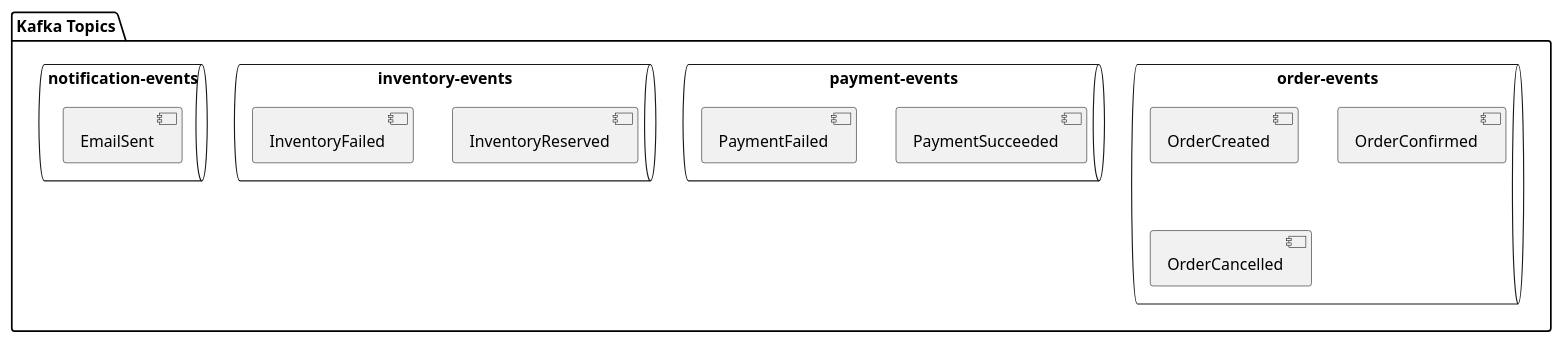
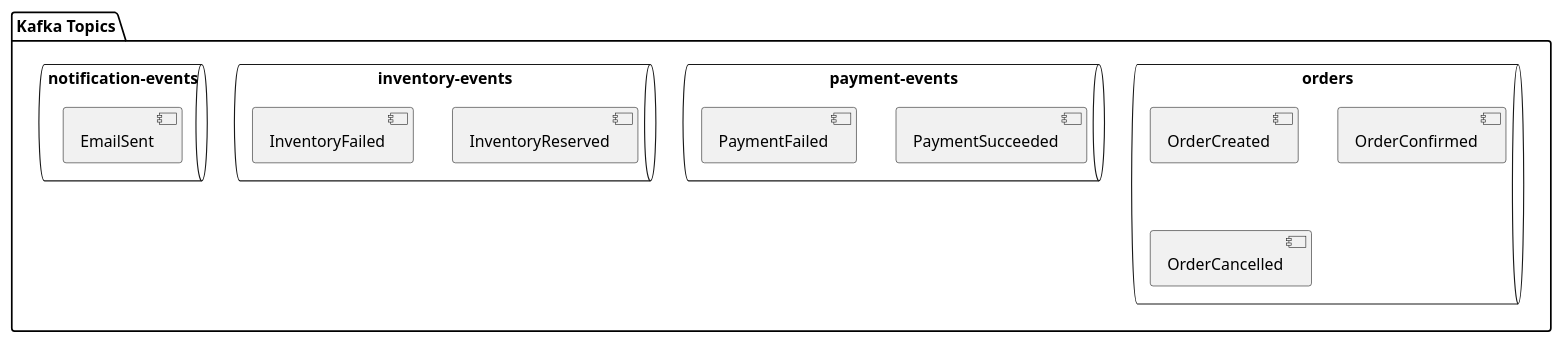
The diagram in docs/kafka/topics.puml (ndaleksey/order-processing-system), drawn with PlantUML before and after one commit. The commit also changed 60 other files, not shown here.

```diff
--- a/docs/kafka/topics.puml
+++ b/docs/kafka/topics.puml
@@ -1,25 +1,25 @@
 @startuml
 
 package "Kafka Topics" {
-	queue "order-events" {
+	queue "orders" {
 		[OrderCreated]
 		[OrderConfirmed]
 		[OrderCancelled]
 	}
 
 	queue "payment-events" {
 		[PaymentSucceeded]
 		[PaymentFailed]
 	}
 
 	queue "inventory-events" {
 		[InventoryReserved]
 		[InventoryFailed]
 	}
 
 	queue "notification-events" {
 		[EmailSent]
 	}
 }
 
 @enduml
```
